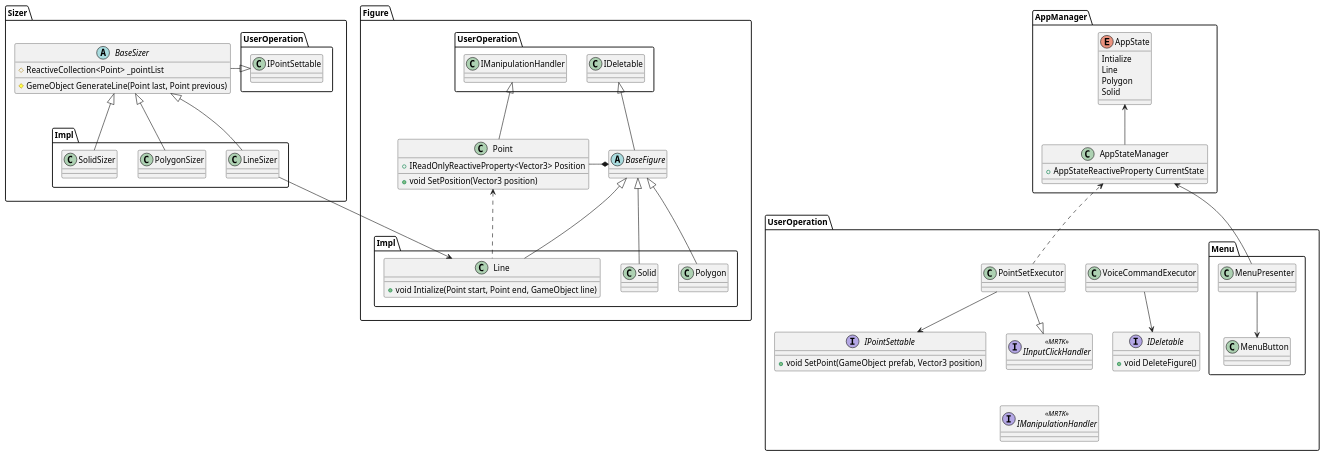
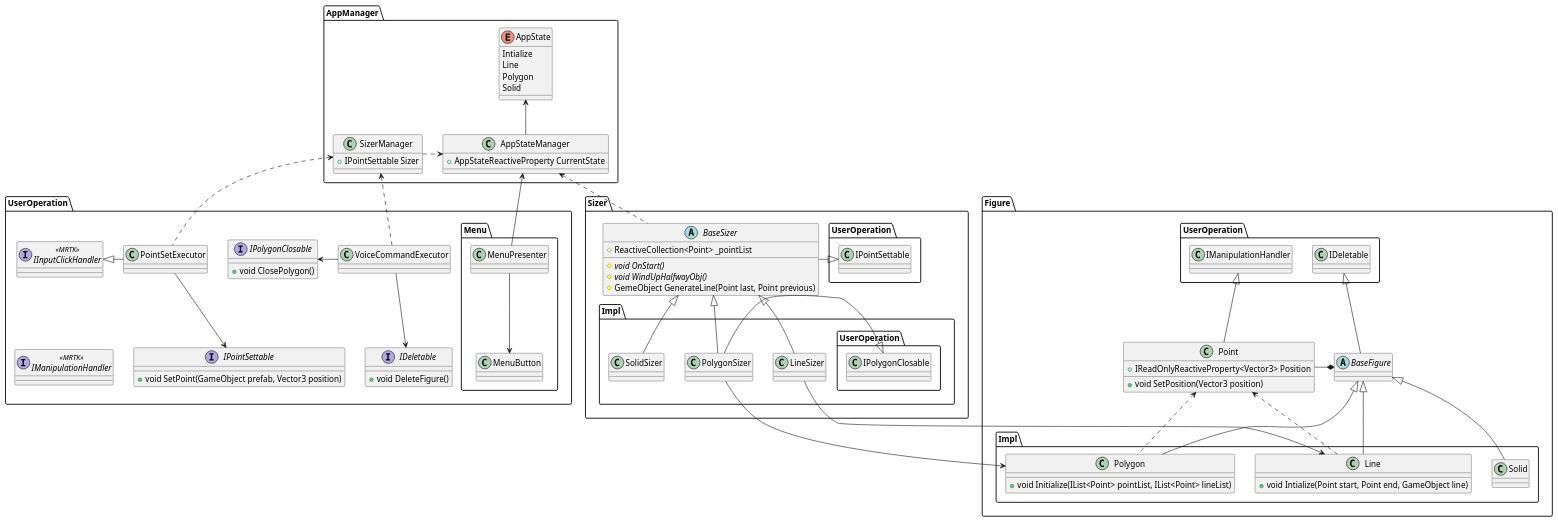
The diagram in ClassDiagram.wsd (dykarohora/HoloMeasurement), drawn with PlantUML before and after one commit. The commit also changed 61 other files, not shown here.

```diff
--- a/ClassDiagram.wsd
+++ b/ClassDiagram.wsd
@@ -1,103 +1,123 @@
 @startuml
 
 namespace Figure {
     abstract class BaseFigure {
     }
     namespace Impl {
         class Line {
             +void Intialize(Point start, Point end, GameObject line)
         }
         class Polygon {
+            +void Initialize(IList<Point> pointList, IList<Point> lineList)
         }
         class Solid {
         }
         Line --u|> Figure.BaseFigure
         Line ..u> Figure.Point
         Polygon --u|> Figure.BaseFigure
+        Polygon ..u> Figure.Point
         Solid --u|> Figure.BaseFigure
     }
 
     class Point {
         +IReadOnlyReactiveProperty<Vector3> Position
         +void SetPosition(Vector3 position)
     }
     
     Point --u|> UserOperation.IManipulationHandler
-    Point --l* BaseFigure
+    Point --left* BaseFigure
     BaseFigure --u|> UserOperation.IDeletable
 }
 
 namespace AppManager {
     class AppStateManager {
         +AppStateReactiveProperty CurrentState
     }
-
+    class SizerManager {
+        +IPointSettable Sizer
+    }
     enum AppState {
         Intialize
         Line
         Polygon
         Solid
     }
     AppStateManager --u> AppState
+
+    SizerManager ..r> AppStateManager
 }
 
 namespace Sizer {
     abstract class BaseSizer {
         #ReactiveCollection<Point> _pointList
+        #{abstract} void OnStart()
+        #{abstract}void WindUpHalfwayObj()
         #GemeObject GenerateLine(Point last, Point previous)
     }
     namespace Impl {
         class LineSizer {
         }
         class PolygonSizer {
         }
         class SolidSizer {
         }
         LineSizer --u|> Sizer.BaseSizer
         PolygonSizer --u|> Sizer.BaseSizer
         SolidSizer --u|> Sizer.BaseSizer
 
         LineSizer --> Figure.Impl.Line
+        PolygonSizer --> Figure.Impl.Polygon
+        PolygonSizer --r|> UserOperation.IPolygonClosable
     }
 
     BaseSizer --r|> UserOperation.IPointSettable
+    BaseSizer ..u> AppManager.AppStateManager
 }
 
 namespace UserOperation {
     class VoiceCommandExecutor {
     }
     class PointSetExecutor {
     }
 
     interface IPointSettable {
         +void SetPoint(GameObject prefab, Vector3 position)
     }
+    interface IPolygonClosable {
+        +void ClosePolygon()
+    }
     interface IDeletable {
         +void DeleteFigure()
     }
 
     interface IInputClickHandler<<MRTK>>{
     }
     interface IManipulationHandler<<MRTK>>{
     }
 
     VoiceCommandExecutor --d> IDeletable
+    VoiceCommandExecutor --l> IPolygonClosable
     PointSetExecutor --d> IPointSettable
-    PointSetExecutor --|> IInputClickHandler
+    PointSetExecutor --l|> IInputClickHandler
 
-    PointSetExecutor ..> AppManager.AppStateManager
+    VoiceCommandExecutor ..u> AppManager.SizerManager
+    PointSetExecutor ..u> AppManager.SizerManager
 
     IInputClickHandler -[hidden]d- IManipulationHandler
+    IPolygonClosable -[hidden]r- IDeletable
+
+    PointSetExecutor -[hidden]r- IPolygonClosable
+    
 
     namespace Menu {
         class MenuPresenter {
         }
         class MenuButton {
         }
 
         MenuPresenter --> MenuButton
         MenuPresenter --u> AppManager.AppStateManager
     }
 }
 
 @enduml
```
